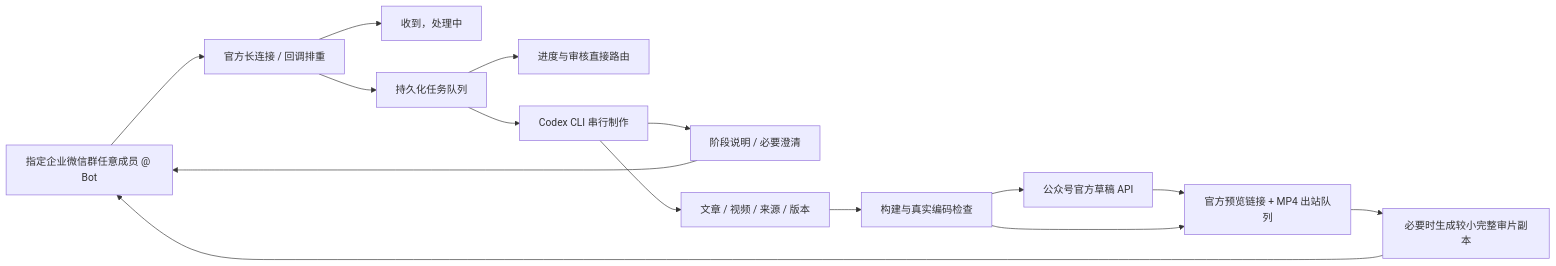
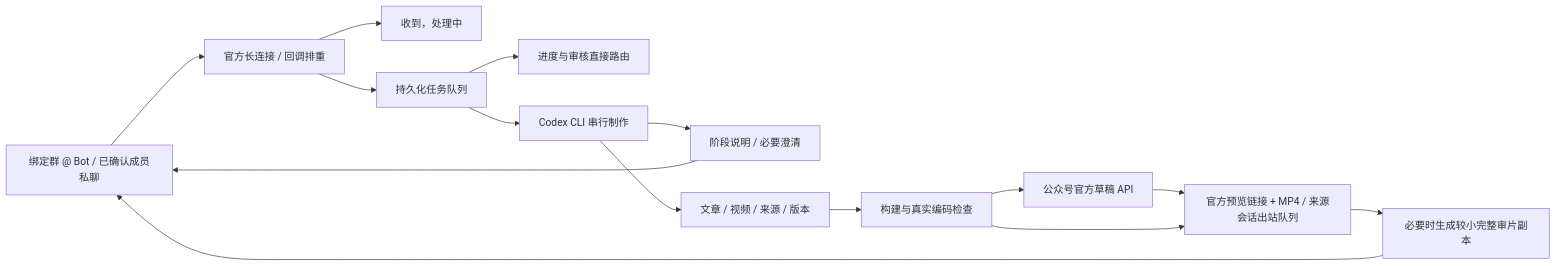
The diagram in docs/WORKFLOW.md (hreyulog/wechat-editorial), drawn with Mermaid before and after one commit. The commit also changed other lines of this file and 10 other files, not shown here.

````diff
--- a/docs/WORKFLOW.md
+++ b/docs/WORKFLOW.md
@@ -3,17 +3,17 @@
 ```mermaid
 flowchart LR
-  G[指定企业微信群任意成员 @ Bot] --> W[官方长连接 / 回调排重]
+  G[绑定群 @ Bot / 已确认成员私聊] --> W[官方长连接 / 回调排重]
   W --> A[收到，处理中]
   W --> Q[持久化任务队列]
   Q --> R[进度与审核直接路由]
   Q --> C[Codex CLI 串行制作]
   C --> P[阶段说明 / 必要澄清]
   P --> G
   C --> S[文章 / 视频 / 来源 / 版本]
   S --> QA[构建与真实编码检查]
   QA --> D[公众号官方草稿 API]
-  D --> O[官方预览链接 + MP4 出站队列]
+  D --> O[官方预览链接 + MP4 / 来源会话出站队列]
   QA --> O
   O --> T[必要时生成较小完整审片副本]
   T --> G
 ```
````
